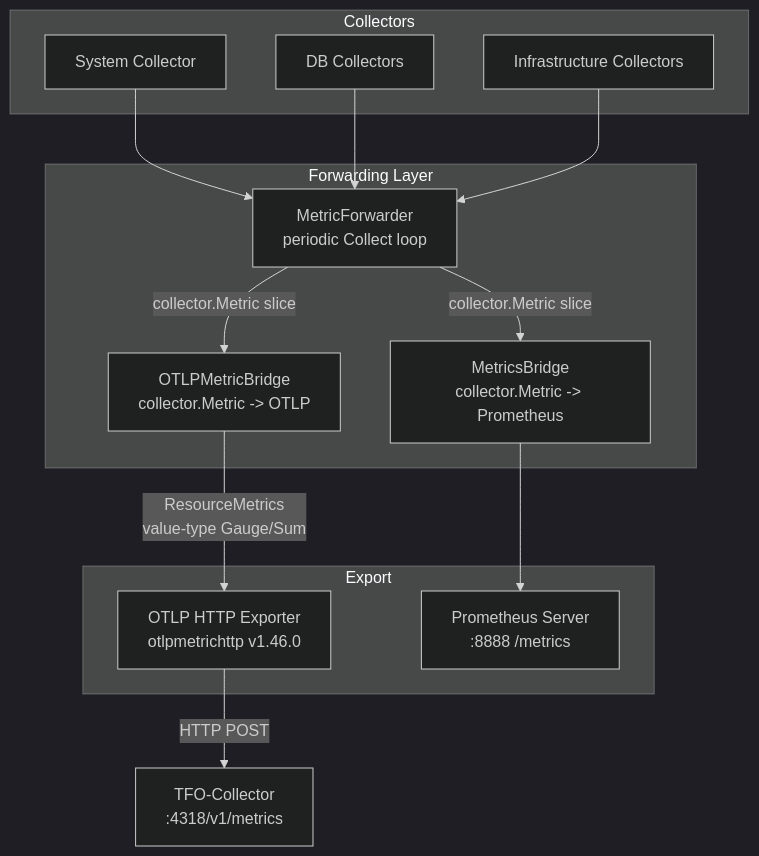
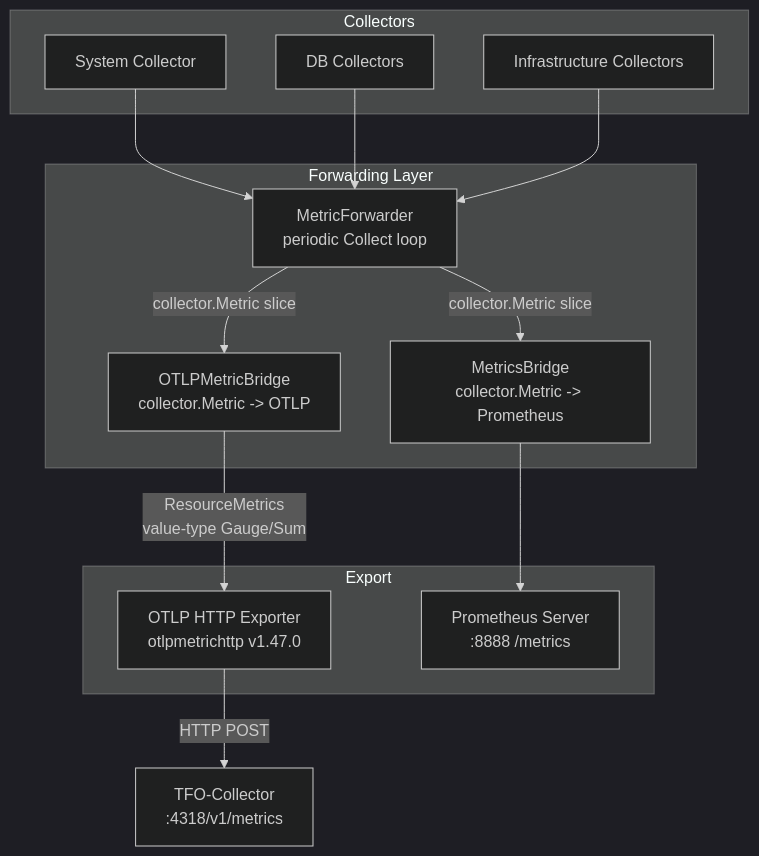
One commit to telemetryflow/telemetryflow-agent changed the tenth of 15 diagrams in docs/ARCHITECTURE.md. Above: the diagram before and after it, drawn with Mermaid (dark theme). The commit also changed other lines of this file and 38 other files, not shown here.

````diff
--- a/docs/ARCHITECTURE.md
+++ b/docs/ARCHITECTURE.md
@@ -410,31 +410,31 @@
 ```mermaid
 graph TB
     subgraph "Collectors"
         SYS[System Collector]
         DB[DB Collectors]
         INFRA[Infrastructure Collectors]
     end
 
     subgraph "Forwarding Layer"
         FWD[MetricForwarder<br/>periodic Collect loop]
         BRIDGE[OTLPMetricBridge<br/>collector.Metric -> OTLP]
         PROM[MetricsBridge<br/>collector.Metric -> Prometheus]
     end
 
     subgraph "Export"
-        OTLP_HTTP[OTLP HTTP Exporter<br/>otlpmetrichttp v1.46.0]
+        OTLP_HTTP[OTLP HTTP Exporter<br/>otlpmetrichttp v1.47.0]
         PROM_SVR[Prometheus Server<br/>:8888 /metrics]
     end
 
     SYS --> FWD
     DB --> FWD
     INFRA --> FWD
 
     FWD -->|collector.Metric slice| BRIDGE
     FWD -->|collector.Metric slice| PROM
 
     BRIDGE -->|ResourceMetrics<br/>value-type Gauge/Sum| OTLP_HTTP
     PROM --> PROM_SVR
 
     OTLP_HTTP -->|HTTP POST| COLLECTOR[TFO-Collector<br/>:4318/v1/metrics]
 ```
````
